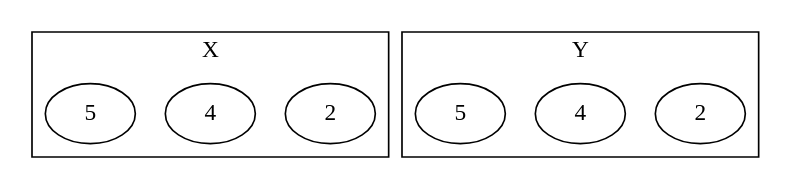
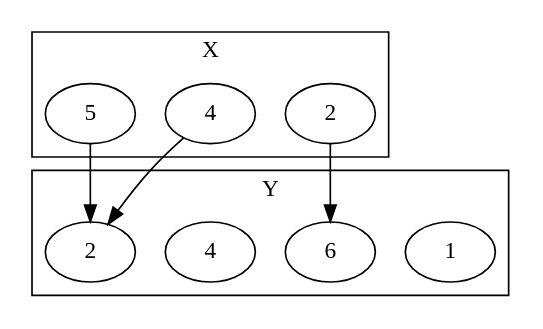
One commit to tnichols217/notes changed the third of 3 diagrams in CSDS 302 - Discrete Math/HW/1.md. Above: the diagram before and after it, drawn with Graphviz. The commit also changed other lines of this file, not shown here.

Commit message:
vault backup: 2024-01-26 18:49:57

````diff
--- a/CSDS 302 - Discrete Math/HW/1.md
+++ b/CSDS 302 - Discrete Math/HW/1.md
@@ -369,18 +369,22 @@
 ```dot
 digraph {
 	subgraph {
 		label=X
 		cluster=true
 		a [label=2]
 		b [label=4]
 		c [label=5]
 	}
 	subgraph {
 		label=Y
 		cluster=true
-		2
-		4
-		5
+		A [label=1]
+		B [label=2]
+		C [label=4]
+		D [label=6]
 	}
+	a->D
+	b->B
+	c->B
 }
 ```
````
